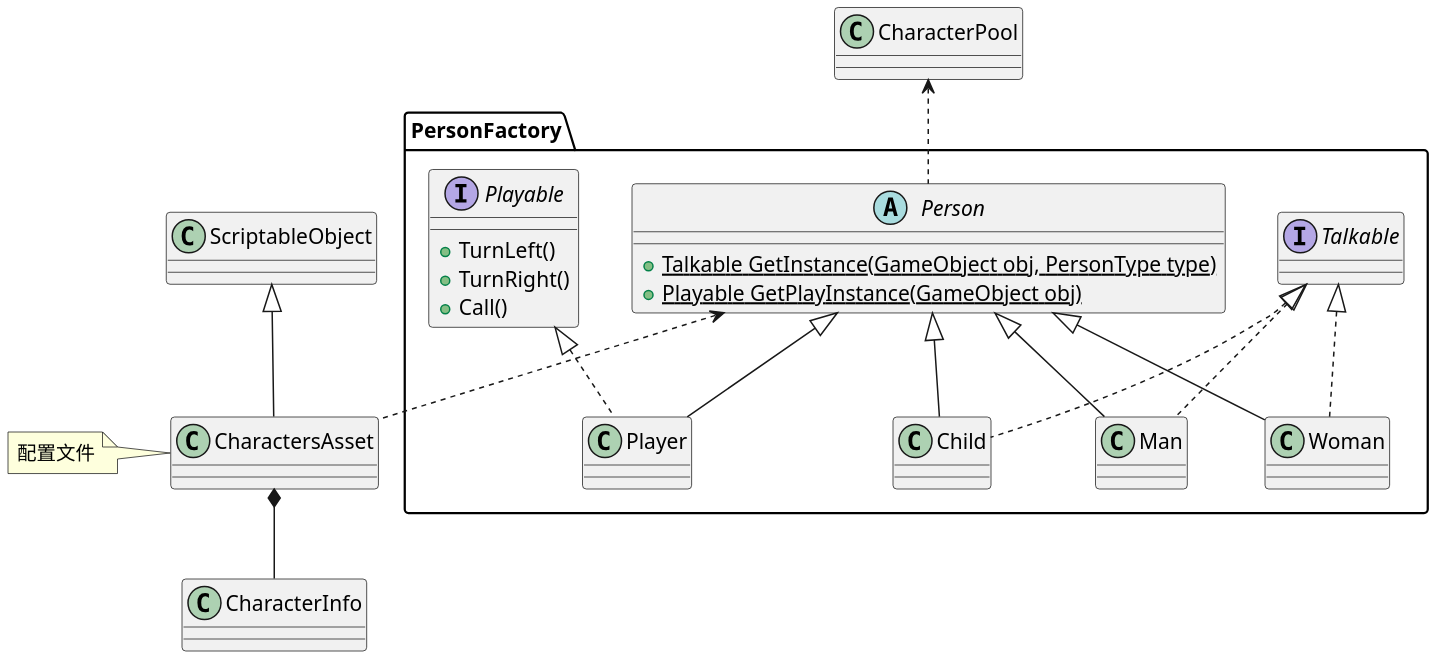
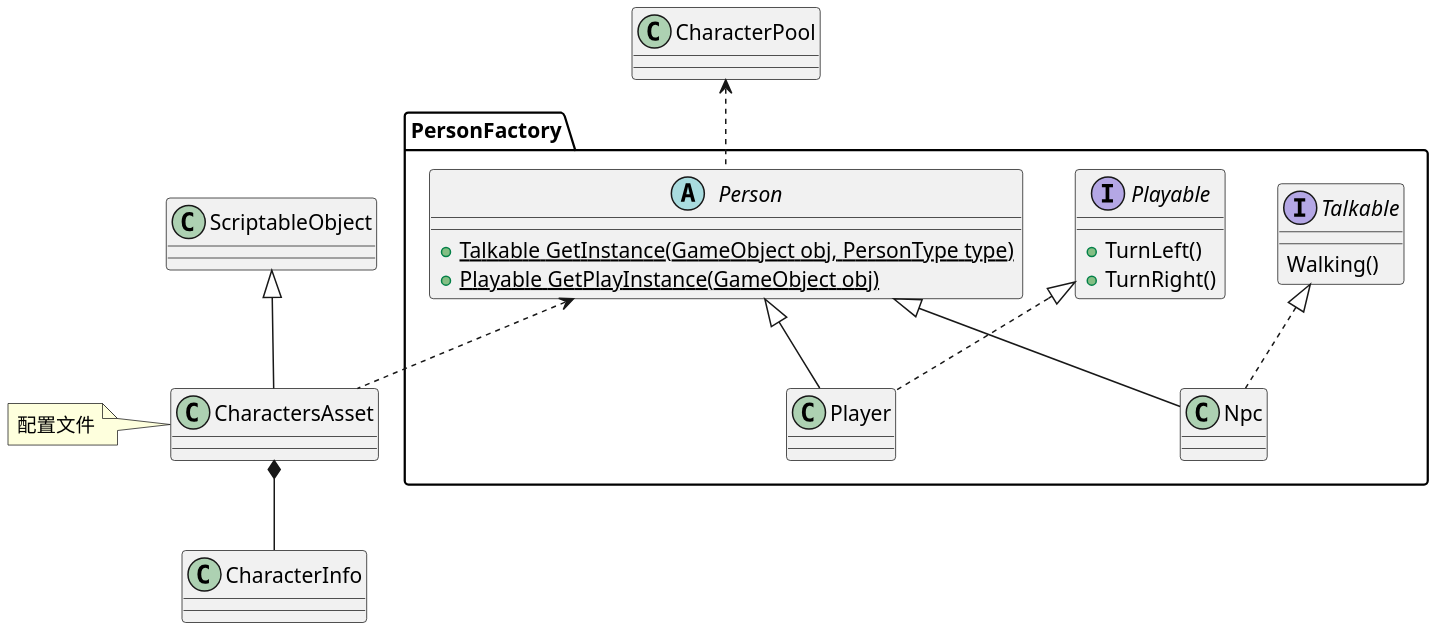
One commit to Aeglir/Macau-journey changed the diagram in UML/MiniGames/VolunteerGame/PersonFactory.plantuml. Above: the diagram before and after it, drawn with PlantUML. The commit also changed 90 other files, not shown here.

```diff
--- a/UML/MiniGames/VolunteerGame/PersonFactory.plantuml
+++ b/UML/MiniGames/VolunteerGame/PersonFactory.plantuml
@@ -1,52 +1,50 @@
 @startuml PersonFactory
 skinparam dpi 200
 
 class CharactersAsset extends ScriptableObject
 note left of CharactersAsset
     配置文件
 end note
 class CharacterInfo
 {
 }
-
 CharactersAsset *-- CharacterInfo
-
 class CharacterPool
 {
 }
 package PersonFactory
 {
     interface Talkable
     {
-
+        ' initWalkingAnimation(targetPos, isRight, action)
+        ' setHide(ishide)
+        ' GameObject getGameObject()
+        ' accelerate()
+        ' getTag()
+        ' getIsRight()
+        Walking()
+        ' Stop()
+        ' Finish()
     }
     interface Playable{
         +TurnLeft()
         +TurnRight()
-        +Call()
+        ' +Call()
     }
     abstract class Person
     {
         +{static} Talkable GetInstance(GameObject obj, PersonType type)
         +{static} Playable GetPlayInstance(GameObject obj)
     }
-    class Man extends Person implements Talkable
-    {
-
-    }
-    class Woman extends Person implements Talkable
-    {
-
-    }
-    class Child extends Person implements Talkable
+    class Npc extends Person implements Talkable
     {
 
     }
     class Player extends Person implements Playable
     {
 
     }
 }
 CharacterPool <.. Person
 Person <.. CharactersAsset
 @enduml
```
